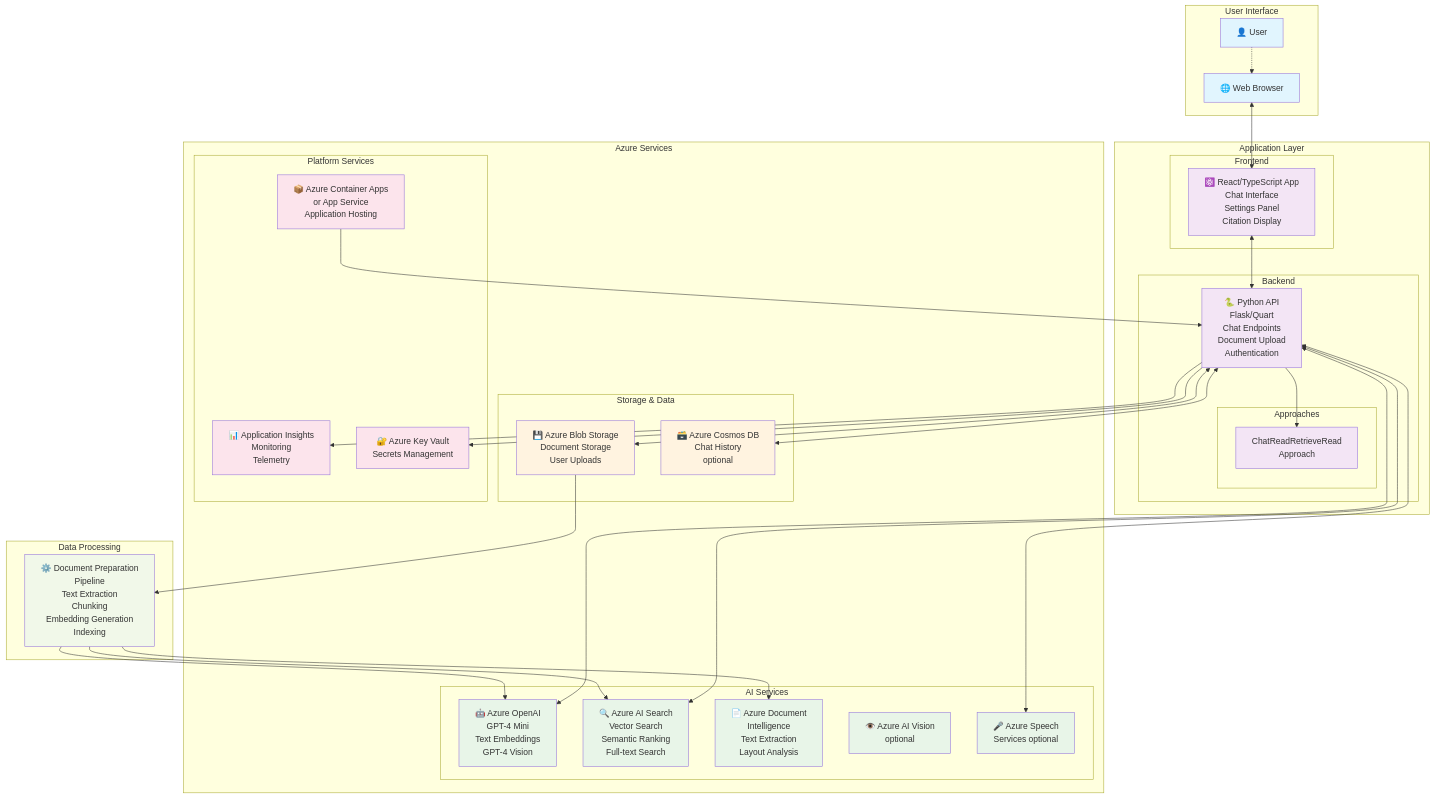
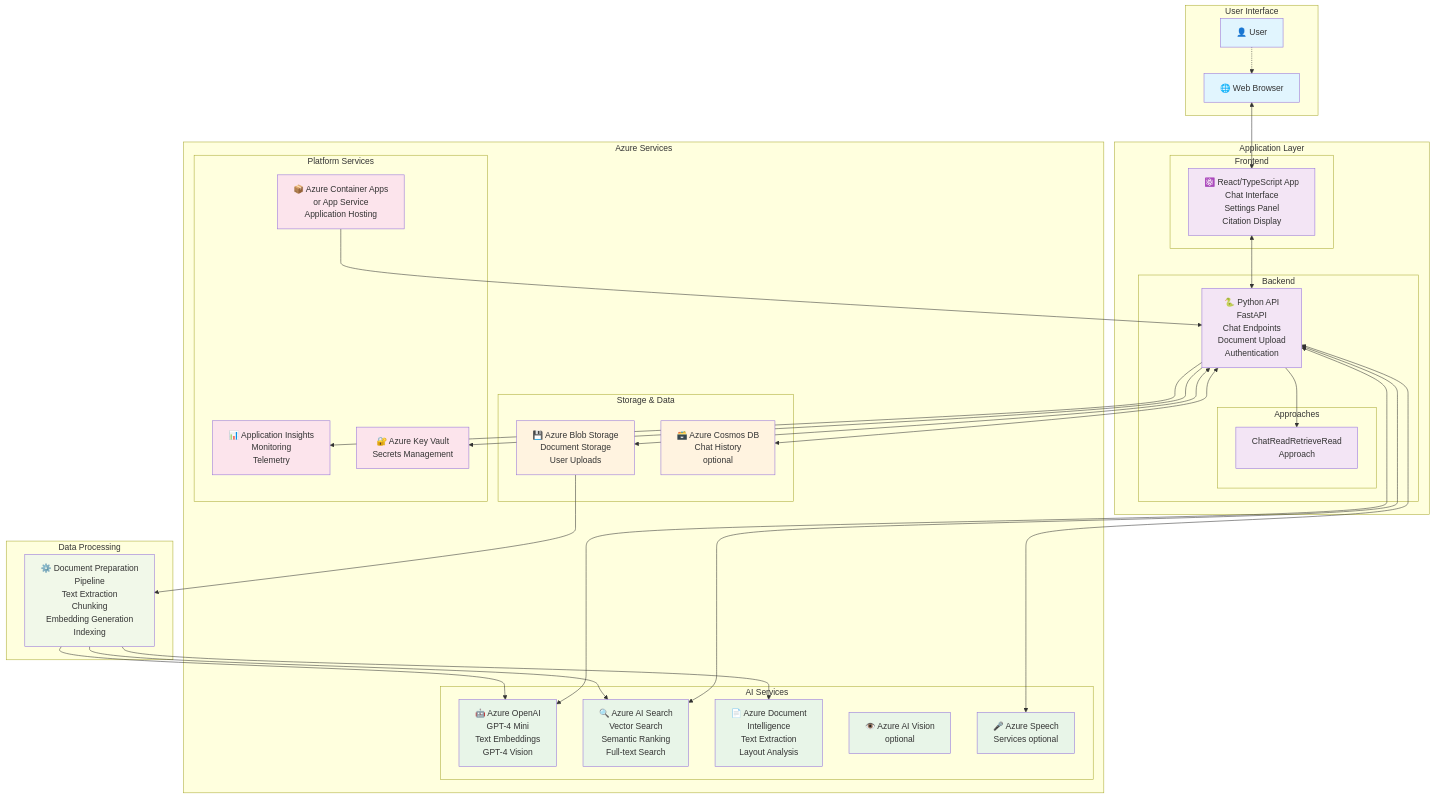
The first of 3 diagrams in docs/architecture.md (esuneelkumar722/azure-search-openai), drawn with Mermaid before and after one commit. The commit also changed other lines of this file and 92 other files, not shown here.

```diff
--- a/docs/architecture.md
+++ b/docs/architecture.md
@@ -21,7 +21,7 @@
         end
 
         subgraph "Backend"
-            API[🐍 Python API<br/>Flask/Quart<br/>Chat Endpoints<br/>Document Upload<br/>Authentication]
+            API[🐍 Python API<br/>FastAPI<br/>Chat Endpoints<br/>Document Upload<br/>Authentication]
 
             subgraph "Approaches"
                 CRR[ChatReadRetrieveRead<br/>Approach]
```
